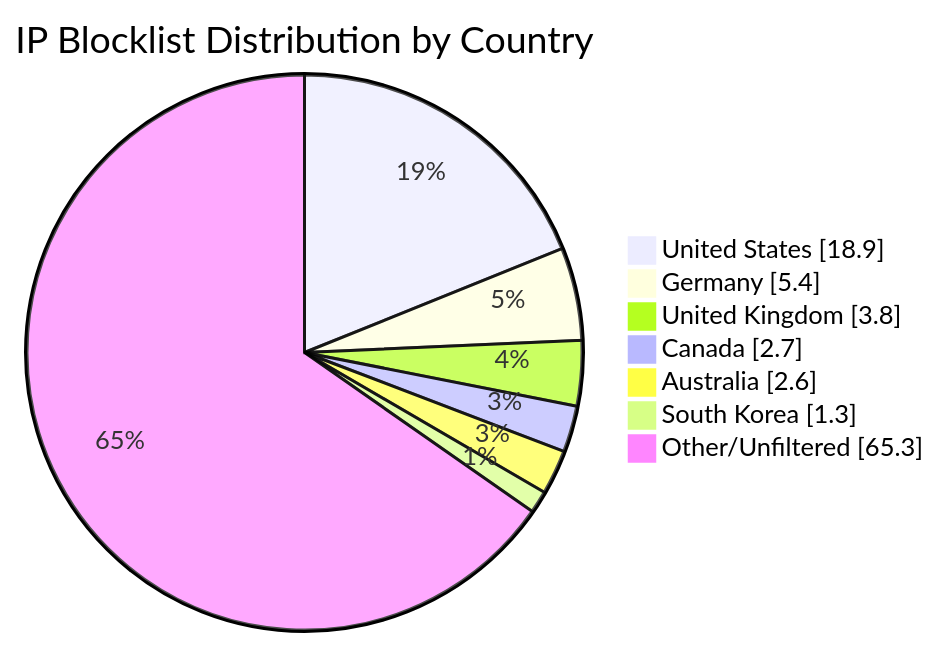
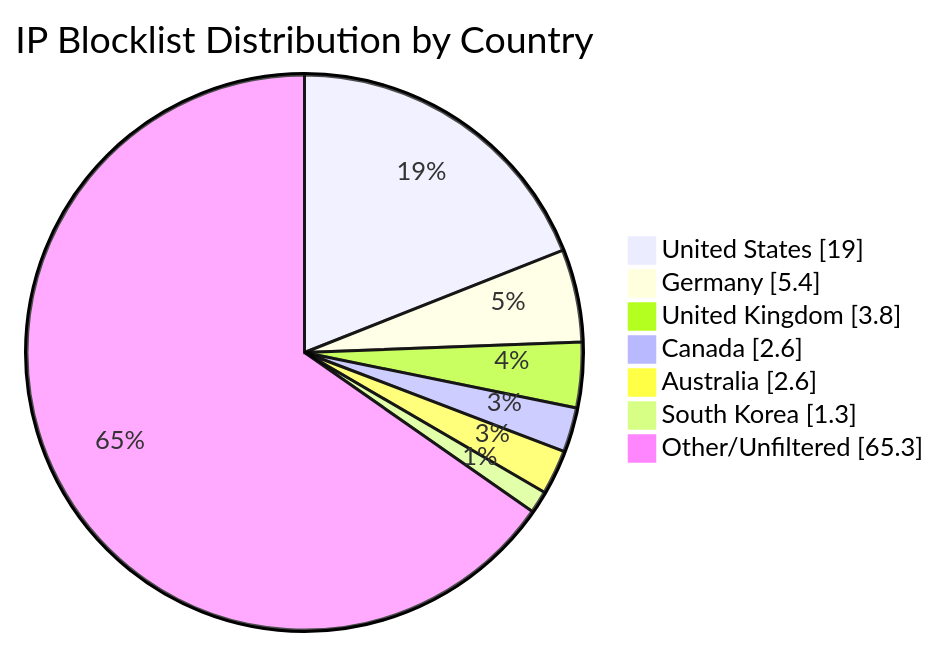
The diagram in README.md (MarcusHoltz/ipblocklist-geofiltered-aggregator), drawn with Mermaid before and after one commit. The commit also changed other lines of this file and 9 other files, not shown here.

````diff
--- a/README.md
+++ b/README.md
@@ -34,10 +34,10 @@
 ```mermaid
 pie showData title IP Blocklist Distribution by Country
-"United States" : 18.9
+"United States" : 19.0
 "Germany" : 5.4
 "United Kingdom" : 3.8
-"Canada" : 2.7
+"Canada" : 2.6
 "Australia" : 2.6
 "South Korea" : 1.3
 "Other/Unfiltered" : 65.3
 ```
````
